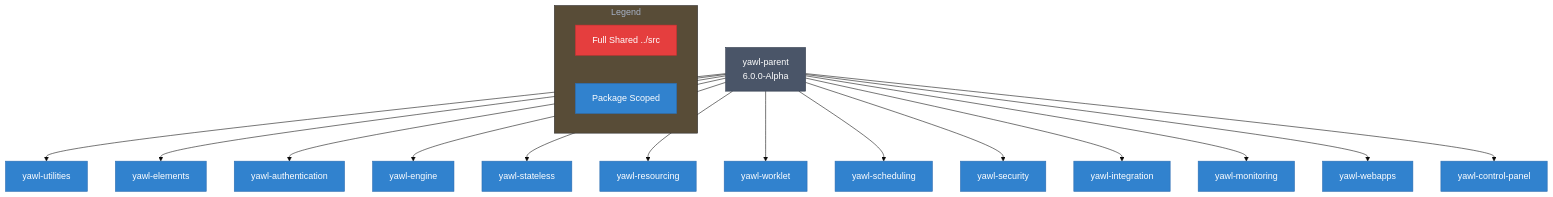
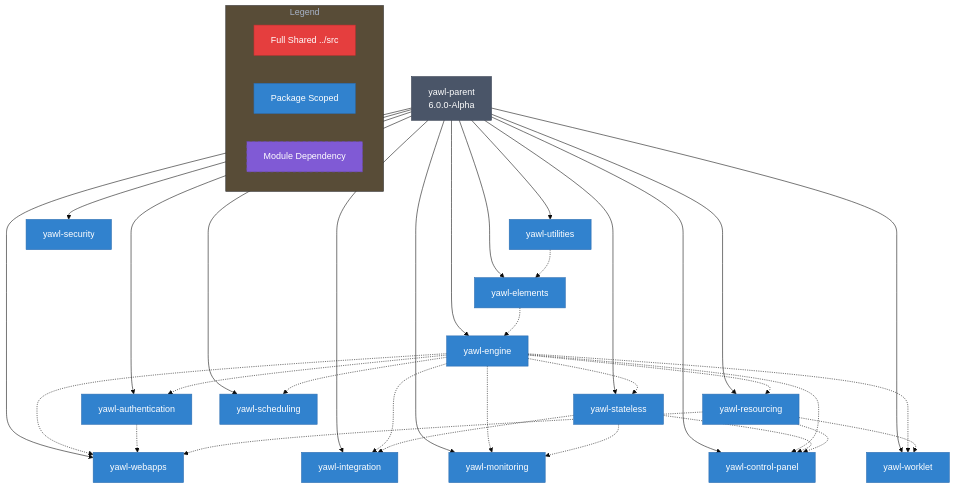
One commit to seanchatmangpt/yawl changed the diagram in docs/v6/latest/diagrams/10-maven-reactor.mmd. Above: the diagram before and after it, drawn with Mermaid. The commit also changed 18 other files, not shown here.

```diff
--- a/docs/v6/latest/diagrams/10-maven-reactor.mmd
+++ b/docs/v6/latest/diagrams/10-maven-reactor.mmd
@@ -1,45 +1,83 @@
 %%{ init: { 'theme': 'base', 'themeVariables': { 'primaryColor': '#2d3748' } } }%%
 graph TD
     classDef parent fill:#4a5568,stroke:#2d3748,color:#fff
     classDef fullshared fill:#e53e3e,stroke:#c53030,color:#fff
     classDef pkgscoped fill:#3182ce,stroke:#2b6cb0,color:#fff
     classDef infra fill:#38a169,stroke:#2f855a,color:#fff
+    classDef dep fill:#805ad5,stroke:#6b46c1,color:#fff,stroke-dasharray: 5 5
 
     PARENT[yawl-parent<br/>6.0.0-Alpha]:::parent
 
     yawl_utilities[yawl-utilities]:::pkgscoped
     yawl_elements[yawl-elements]:::pkgscoped
     yawl_authentication[yawl-authentication]:::pkgscoped
     yawl_engine[yawl-engine]:::pkgscoped
     yawl_stateless[yawl-stateless]:::pkgscoped
     yawl_resourcing[yawl-resourcing]:::pkgscoped
     yawl_worklet[yawl-worklet]:::pkgscoped
     yawl_scheduling[yawl-scheduling]:::pkgscoped
     yawl_security[yawl-security]:::pkgscoped
     yawl_integration[yawl-integration]:::pkgscoped
     yawl_monitoring[yawl-monitoring]:::pkgscoped
     yawl_webapps[yawl-webapps]:::pkgscoped
     yawl_control_panel[yawl-control-panel]:::pkgscoped
 
     %% Reactor ordering (parent -> all modules)
     PARENT --> yawl_utilities
     PARENT --> yawl_elements
     PARENT --> yawl_authentication
     PARENT --> yawl_engine
     PARENT --> yawl_stateless
     PARENT --> yawl_resourcing
     PARENT --> yawl_worklet
     PARENT --> yawl_scheduling
     PARENT --> yawl_security
     PARENT --> yawl_integration
     PARENT --> yawl_monitoring
     PARENT --> yawl_webapps
     PARENT --> yawl_control_panel
 
-    %% Inter-module dependencies
+    %% Inter-module dependencies (arrows point FROM dependency TO dependent module)
+    %% Layer 1: Base utilities (no YAWL deps)
+    %% yawl-utilities is standalone
+
+    %% Layer 2: Elements depends on utilities
+    yawl_utilities -.-> yawl_elements
+
+    %% Layer 3: Engine depends on elements (which transitively brings utilities)
+    yawl_elements -.-> yawl_engine
+
+    %% Layer 4: Modules depending on engine
+    yawl_engine -.-> yawl_authentication
+    yawl_engine -.-> yawl_stateless
+    yawl_engine -.-> yawl_resourcing
+    yawl_engine -.-> yawl_scheduling
+
+    %% Layer 5: Worklet depends on engine + resourcing
+    yawl_engine -.-> yawl_worklet
+    yawl_resourcing -.-> yawl_worklet
+
+    %% Layer 6: Integration and Monitoring depend on engine + stateless
+    yawl_engine -.-> yawl_integration
+    yawl_stateless -.-> yawl_integration
+    yawl_engine -.-> yawl_monitoring
+    yawl_stateless -.-> yawl_monitoring
+
+    %% Layer 7: Webapps (yawl-engine-webapp) depends on engine, auth, resourcing
+    yawl_engine -.-> yawl_webapps
+    yawl_authentication -.-> yawl_webapps
+    yawl_resourcing -.-> yawl_webapps
+
+    %% Layer 8: Control Panel depends on engine, stateless, resourcing
+    yawl_engine -.-> yawl_control_panel
+    yawl_stateless -.-> yawl_control_panel
+    yawl_resourcing -.-> yawl_control_panel
+
+    %% Security is standalone (no YAWL deps)
 
     %% Legend
     subgraph Legend
         L1[Full Shared ../src]:::fullshared
         L2[Package Scoped]:::pkgscoped
+        L3[Module Dependency]:::dep
     end
```
